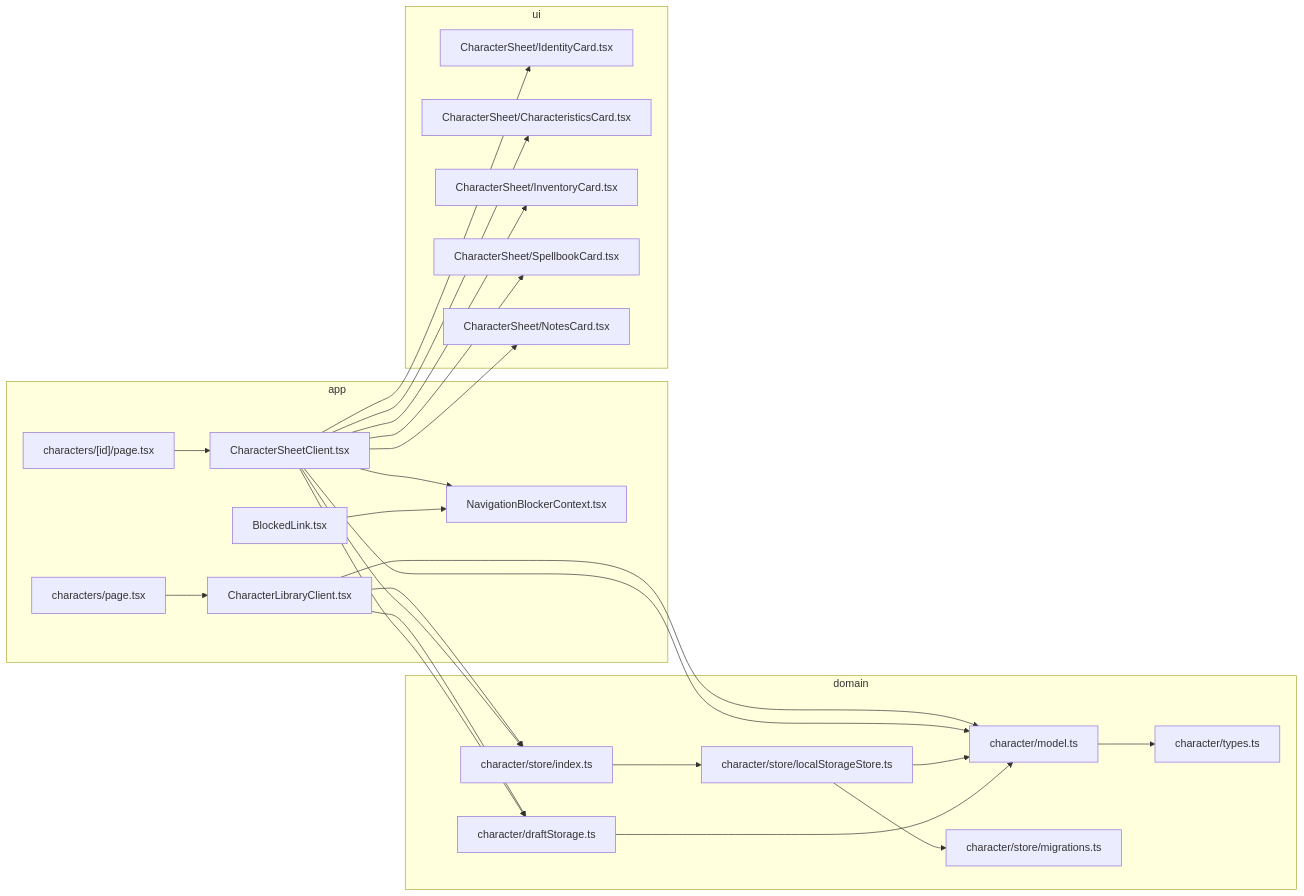
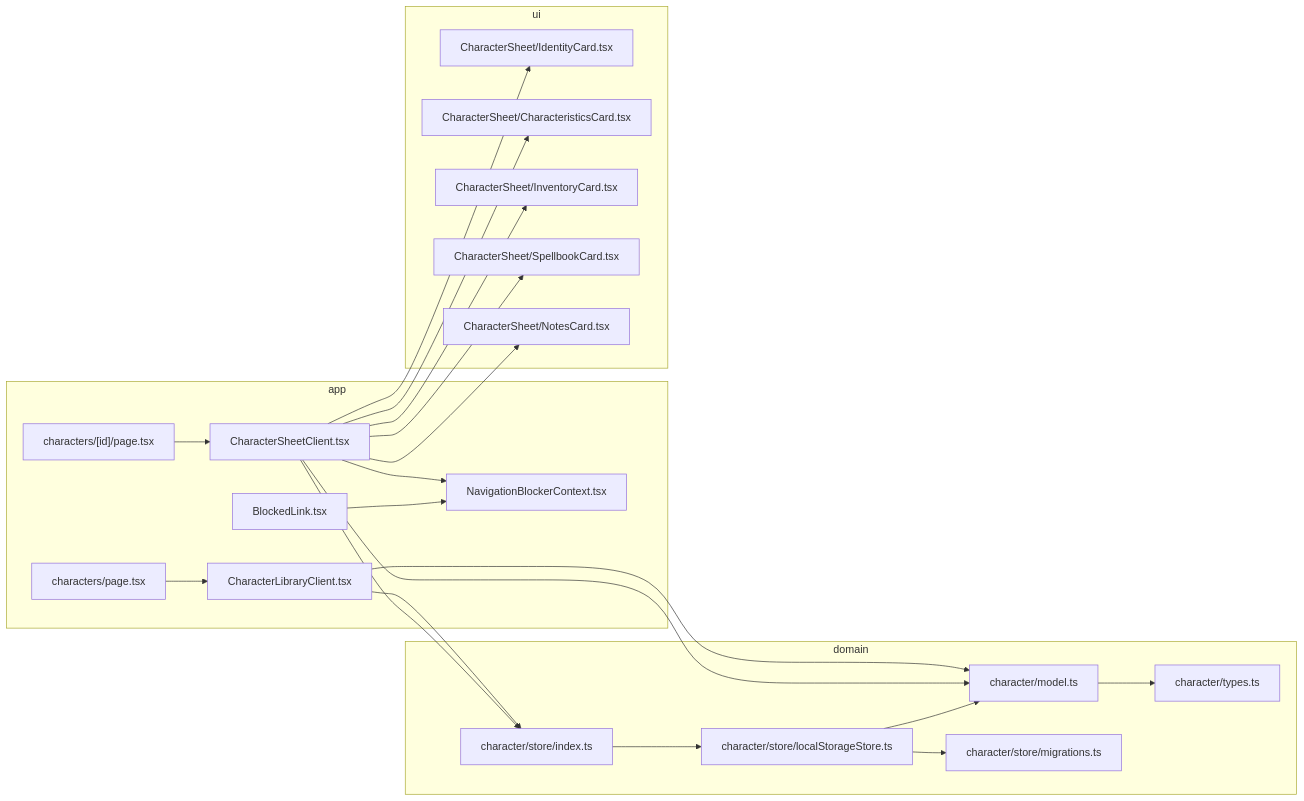
Before and after one commit to KittyGiraudel/ProMe: the diagram in docs/character-manager.md, drawn with Mermaid. The commit also changed other lines of this file and 11 other files, not shown here.

````diff
--- a/docs/character-manager.md
+++ b/docs/character-manager.md
@@ -83,46 +78,42 @@
 ```mermaid
 flowchart LR
   subgraph app
     listPage["characters/page.tsx"]
     listClient["CharacterLibraryClient.tsx"]
     sheetPage["characters/[id]/page.tsx"]
     sheetClient["CharacterSheetClient.tsx"]
     navCtx["NavigationBlockerContext.tsx"]
     blocked["BlockedLink.tsx"]
   end
   subgraph domain
     model["character/model.ts"]
     types["character/types.ts"]
-    draft["character/draftStorage.ts"]
     store["character/store/localStorageStore.ts"]
     mig["character/store/migrations.ts"]
     storeIdx["character/store/index.ts"]
   end
   subgraph ui
     identity["CharacterSheet/IdentityCard.tsx"]
     chars["CharacterSheet/CharacteristicsCard.tsx"]
     inventory["CharacterSheet/InventoryCard.tsx"]
     spells["CharacterSheet/SpellbookCard.tsx"]
     notes["CharacterSheet/NotesCard.tsx"]
   end
   listPage --> listClient
   sheetPage --> sheetClient
   listClient --> storeIdx
   listClient --> model
-  listClient --> draft
   sheetClient --> storeIdx
-  sheetClient --> draft
   sheetClient --> model
   sheetClient --> navCtx
   blocked --> navCtx
   sheetClient --> identity
   sheetClient --> chars
   sheetClient --> inventory
   sheetClient --> spells
   sheetClient --> notes
   storeIdx --> store
   store --> mig
   store --> model
-  draft --> model
   model --> types
 ```
````
